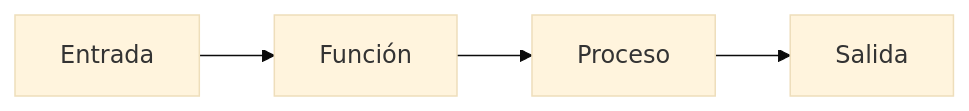
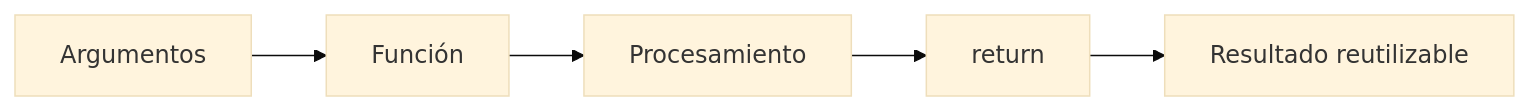
Before and after one commit to DIALVEBE/DataScienceProgramming: the eighth of 11 diagrams in sessions/session-01_es.md, drawn with Mermaid (base theme). The commit also changed other lines of this file and 9 other files, not shown here.

````diff
--- a/sessions/session-01_es.md
+++ b/sessions/session-01_es.md
@@ -476,6 +656,7 @@
 ```mermaid
 flowchart LR
-    I[Entrada] --> F[Función]
-    F --> P[Proceso]
-    P --> O[Salida]
+    A[Argumentos] --> B[Función]
+    B --> C[Procesamiento]
+    C --> D[return]
+    D --> E[Resultado reutilizable]
 ```
````
